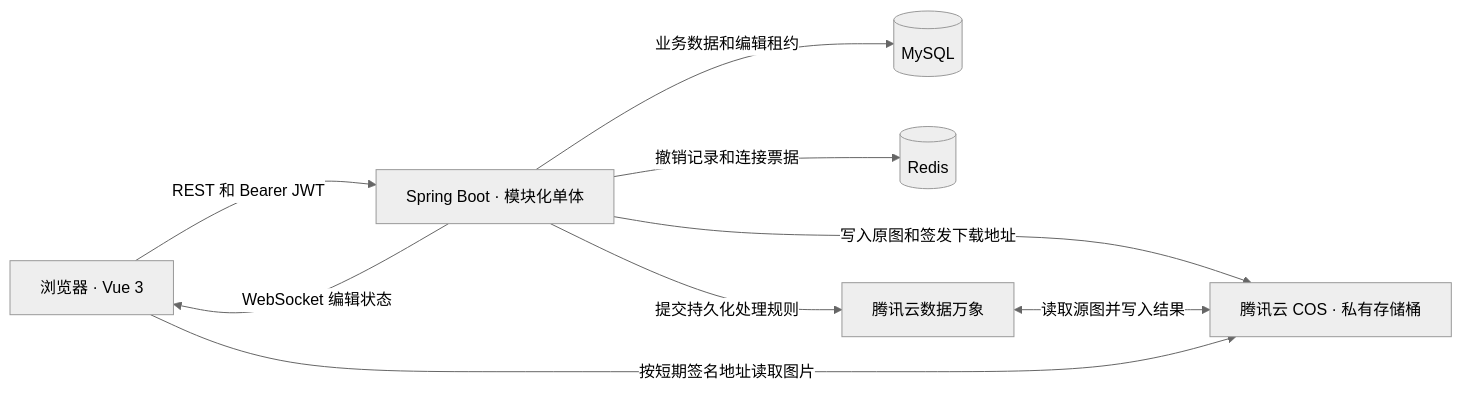
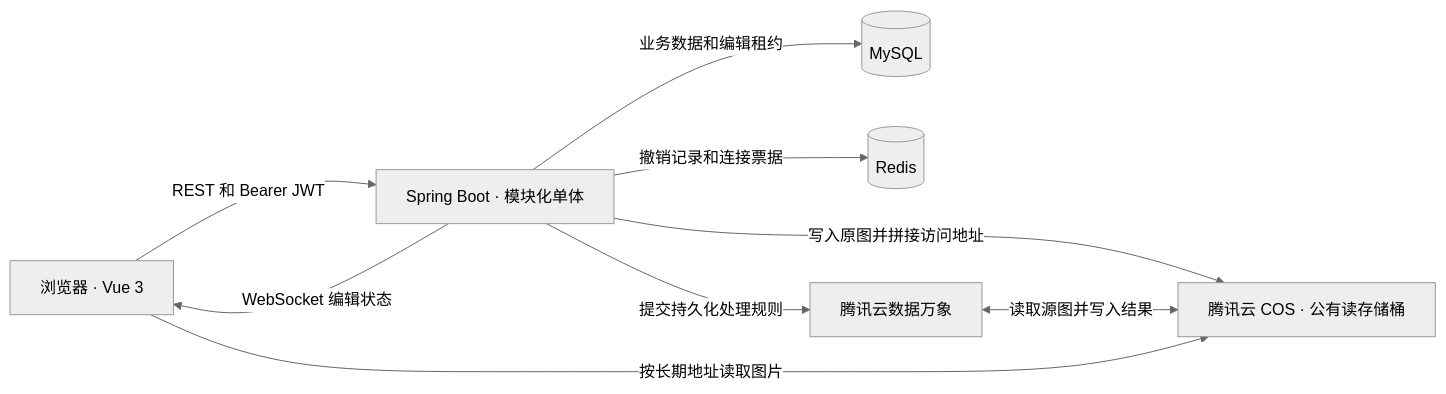
Before and after one commit to Yu-Blank12138/ImageCloud: the diagram in design.md, drawn with Mermaid (neutral theme). The commit also changed other lines of this file and 95 other files, not shown here.

First line of the commit message:
实现图片管理、个人主页与会员到期处理

````diff
--- a/design.md
+++ b/design.md
@@ -41,18 +47,18 @@
 ```mermaid
 flowchart LR
     Browser["浏览器 · Vue 3"]
     App["Spring Boot · 模块化单体"]
     DB[(MySQL)]
     Redis[(Redis)]
-    COS["腾讯云 COS · 私有存储桶"]
+    COS["腾讯云 COS · 公有读存储桶"]
     CI["腾讯云数据万象"]
 
     Browser -->|REST 和 Bearer JWT| App
     App -->|WebSocket 编辑状态| Browser
     App -->|业务数据和编辑租约| DB
     App -->|撤销记录和连接票据| Redis
-    App -->|写入原图和签发下载地址| COS
+    App -->|写入原图并拼接访问地址| COS
     App -->|提交持久化处理规则| CI
     CI <-->|读取源图并写入结果| COS
-    Browser -->|按短期签名地址读取图片| COS
+    Browser -->|按长期地址读取图片| COS
 ```
````
